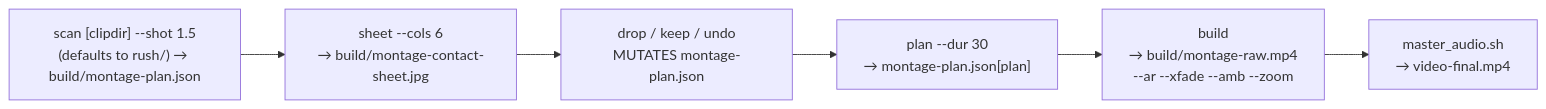
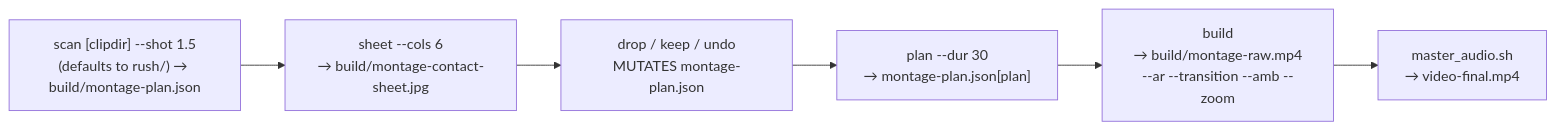
One commit to hatimmrabet/video-editor changed the second of 2 diagrams in docs/pipeline.md. Above: the diagram before and after it, drawn with Mermaid. The commit also changed 10 other files, not shown here.

````diff
--- a/docs/pipeline.md
+++ b/docs/pipeline.md
@@ -91,9 +91,9 @@
 ```mermaid
 flowchart LR
     scan["scan [clipdir] --shot 1.5<br/>(defaults to rush/) → build/montage-plan.json"] --> sheet
     sheet["sheet --cols 6<br/>→ build/montage-contact-sheet.jpg"] --> pick
     pick["drop / keep / undo<br/>MUTATES montage-plan.json"] --> planm
     planm["plan --dur 30<br/>→ montage-plan.json[plan]"] --> buildm
-    buildm["build<br/>→ build/montage-raw.mp4<br/>--ar --xfade --amb --zoom"] --> masterm
+    buildm["build<br/>→ build/montage-raw.mp4<br/>--ar --transition --amb --zoom"] --> masterm
     masterm["master_audio.sh<br/>→ video-final.mp4"]
 ```
````
